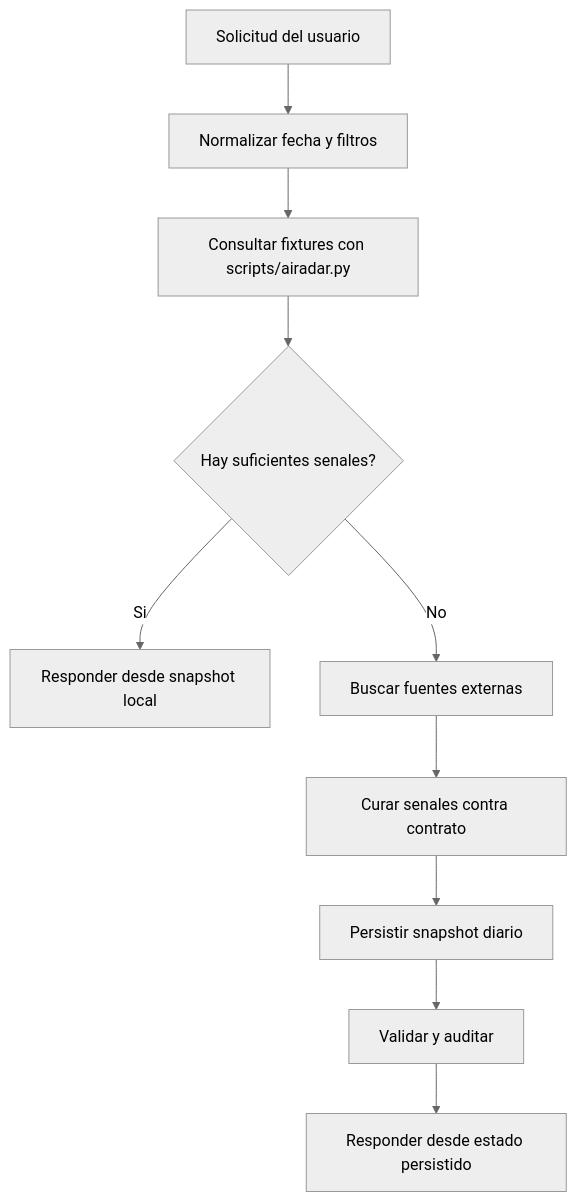
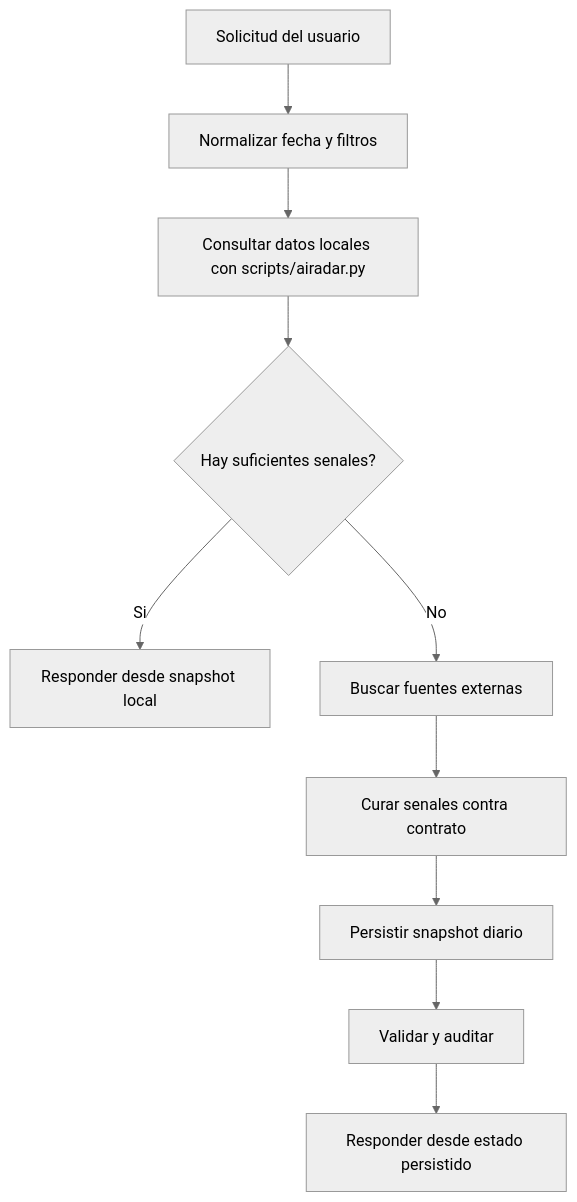
Before and after one commit to PedroHincapie/codex-: the second of 7 diagrams in docs/ai-radar-operating-model.md, drawn with Mermaid (neutral theme). The commit also changed other lines of this file and 26 other files, not shown here.

````diff
--- a/docs/ai-radar-operating-model.md
+++ b/docs/ai-radar-operating-model.md
@@ -44,12 +46,12 @@
 ```mermaid
 flowchart TD
   A[Solicitud del usuario] --> B[Normalizar fecha y filtros]
-  B --> C[Consultar fixtures con scripts/airadar.py]
+  B --> C[Consultar datos locales con scripts/airadar.py]
   C --> D{Hay suficientes senales?}
   D -- Si --> E[Responder desde snapshot local]
   D -- No --> F[Buscar fuentes externas]
   F --> G[Curar senales contra contrato]
   G --> H[Persistir snapshot diario]
   H --> I[Validar y auditar]
   I --> J[Responder desde estado persistido]
 ```
````
